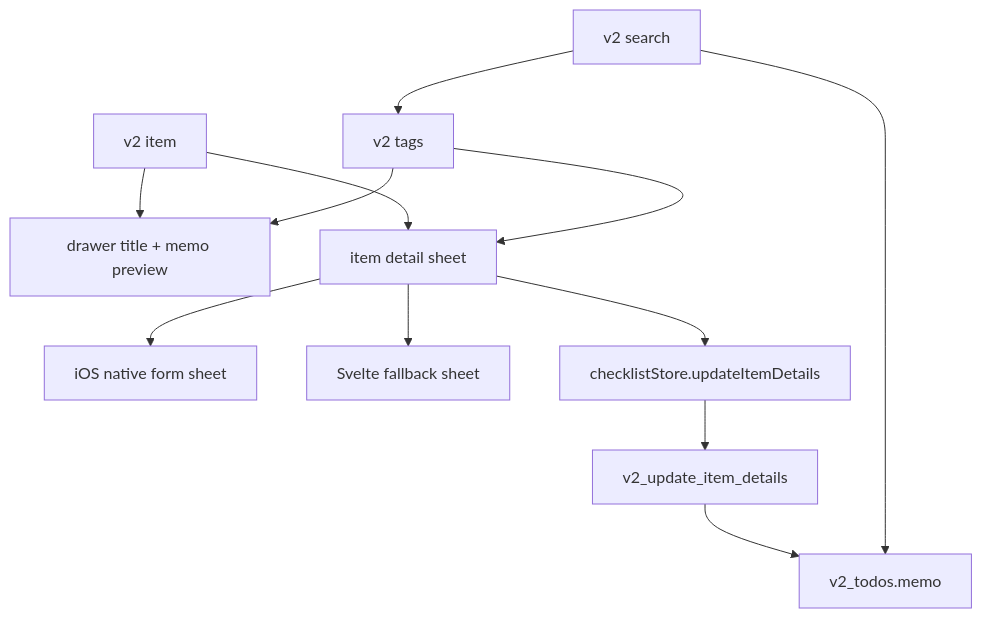
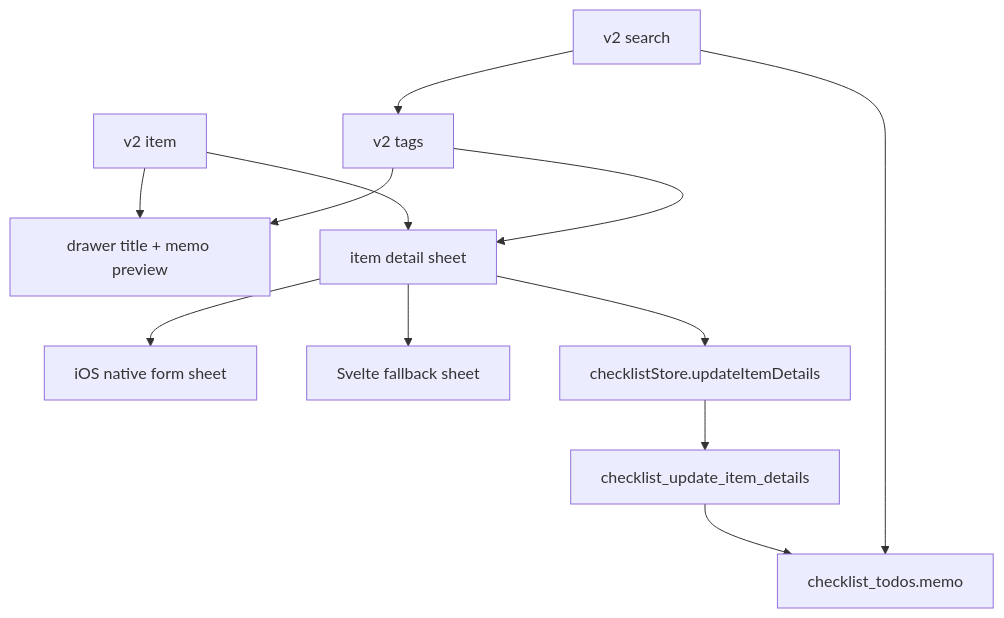
The diagram in docs/rebuild-notes/009-item-memo-direction.md (U-Keun/Tickly), drawn with Mermaid before and after one commit. The commit also changed 28 other files, not shown here.

````diff
--- a/docs/rebuild-notes/009-item-memo-direction.md
+++ b/docs/rebuild-notes/009-item-memo-direction.md
@@ -8,14 +8,14 @@
 ```mermaid
 flowchart TB
   Item["v2 item"] --> Drawer["drawer title + memo preview"]
   Item --> Detail["item detail sheet"]
   Detail --> Native["iOS native form sheet"]
   Detail --> Web["Svelte fallback sheet"]
   Detail --> Store["checklistStore.updateItemDetails"]
-  Store --> Command["v2_update_item_details"]
-  Command --> Table["v2_todos.memo"]
+  Store --> Command["checklist_update_item_details"]
+  Command --> Table["checklist_todos.memo"]
   Tag["v2 tags"] --> Drawer
   Tag --> Detail
   Search["v2 search"] --> Table
   Search --> Tag
 ```
````
